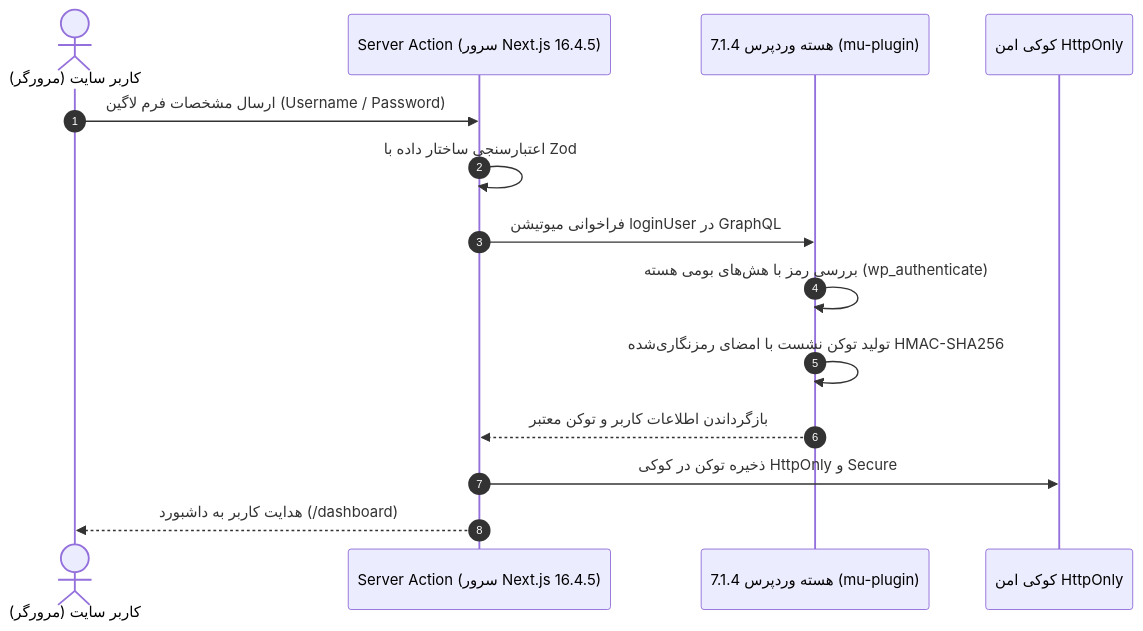
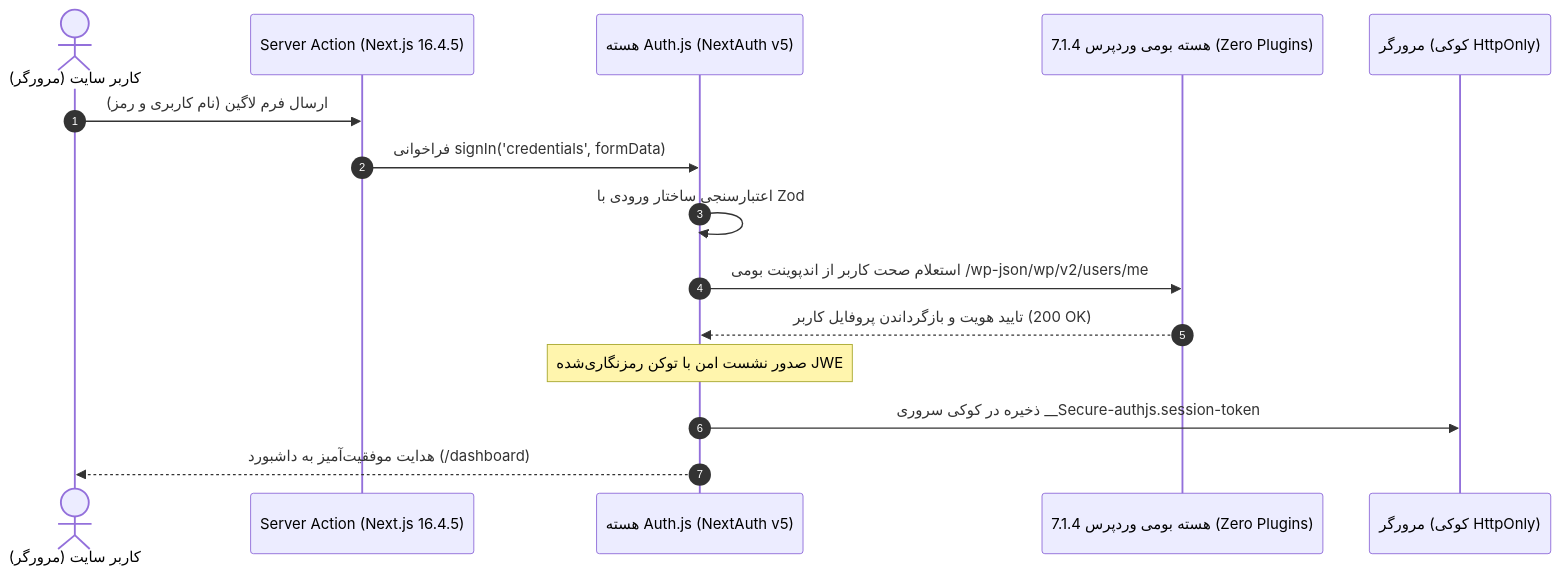
The diagram in book/12-auth-users-server-actions.md (herehossein/headlessWP-nextJS), drawn with Mermaid before and after one commit. The commit also changed other lines of this file and 3 other files, not shown here.

Commit message:
feat(auth): migrate to Auth.js v5 (NextAuth) with BFF architecture, credentials provider and zero WordPress plugins

````diff
--- a/book/12-auth-users-server-actions.md
+++ b/book/12-auth-users-server-actions.md
@@ -13,17 +16,18 @@
 ```mermaid
 sequenceDiagram
     autonumber
     actor User as کاربر سایت (مرورگر)
-    participant Action as Server Action (سرور Next.js 16.4.5)
-    participant WP as هسته وردپرس 7.1.4 (mu-plugin)
-    participant Cookie as کوکی امن HttpOnly
+    participant Action as Server Action (Next.js 16.4.5)
+    participant AuthJS as هسته Auth.js (NextAuth v5)
+    participant WP as هسته بومی وردپرس 7.1.4 (Zero Plugins)
+    participant Cookie as مرورگر (کوکی HttpOnly)
 
-    User->>Action: ارسال مشخصات فرم لاگین (Username / Password)
-    Action->>Action: اعتبارسنجی ساختار داده با Zod
-    Action->>WP: فراخوانی میوتیشن loginUser در GraphQL
-    WP->>WP: بررسی رمز با هش‌های بومی هسته (wp_authenticate)
-    WP->>WP: تولید توکن نشست با امضای رمزنگاری‌شده HMAC-SHA256
-    WP-->>Action: بازگرداندن اطلاعات کاربر و توکن معتبر
-    Action->>Cookie: ذخیره توکن در کوکی HttpOnly و Secure
-    Action-->>User: هدایت کاربر به داشبورد (/dashboard)
+    User->>Action: ارسال فرم لاگین (نام کاربری و رمز)
+    Action->>AuthJS: فراخوانی signIn('credentials', formData)
+    AuthJS->>AuthJS: اعتبارسنجی ساختار ورودی با Zod
+    AuthJS->>WP: استعلام صحت کاربر از اندپوینت بومی /wp-json/wp/v2/users/me
+    WP-->>AuthJS: تایید هویت و بازگرداندن پروفایل کاربر (200 OK)
+    Note over AuthJS: صدور نشست امن با توکن رمزنگاری‌شده JWE
+    AuthJS->>Cookie: ذخیره در کوکی سروری __Secure-authjs.session-token
+    AuthJS-->>User: هدایت موفقیت‌آمیز به داشبورد (/dashboard)
 ```
````
